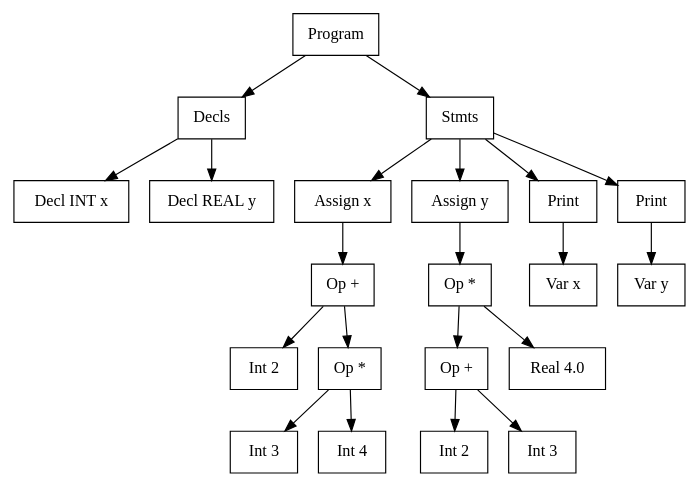
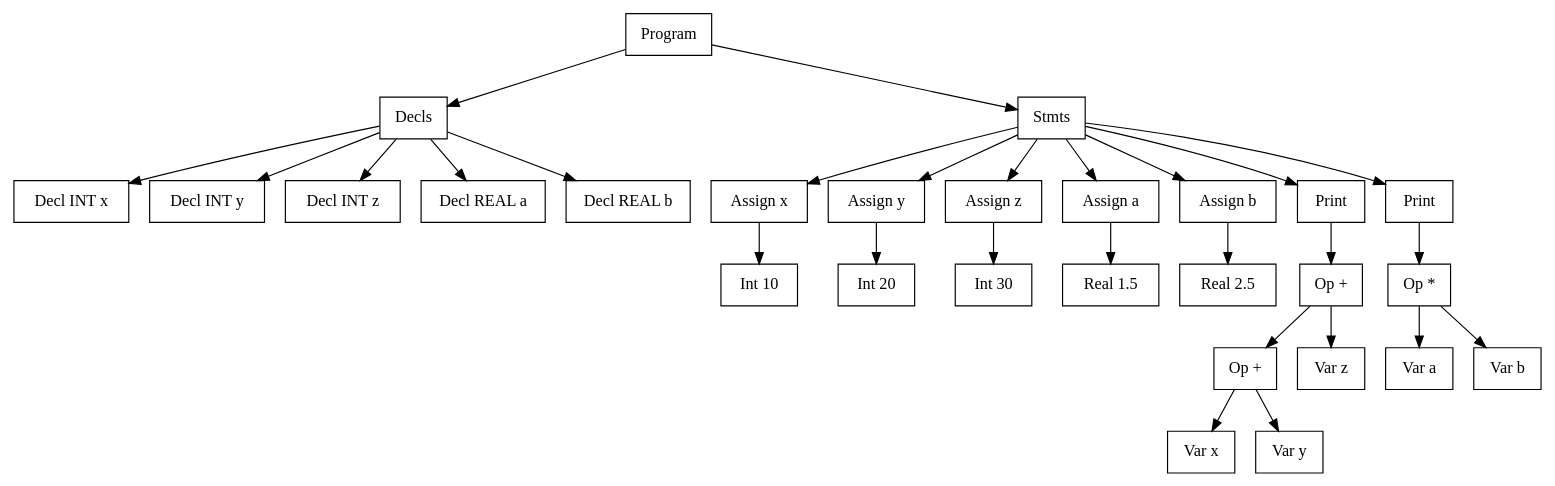
One commit to Otto-Schmitz/trabalho_gb_compiladores changed the diagram in ast.dot. Above: the diagram before and after it, drawn with Graphviz. The commit also changed 14 other files, not shown here.

```diff
--- a/ast.dot
+++ b/ast.dot
@@ -1,44 +1,58 @@
 digraph AST {
   node [shape=box, fontname="Consolas"];
   n0 [label="Program"];
   n1 [label="Decls"];
   n0 -> n1;
   n2 [label="Decl INT x"];
   n1 -> n2;
-  n3 [label="Decl REAL y"];
+  n3 [label="Decl INT y"];
   n1 -> n3;
-  n4 [label="Stmts"];
-  n0 -> n4;
-  n5 [label="Assign x"];
-  n6 [label="Op +"];
-  n7 [label="Int 2"];
-  n8 [label="Op *"];
-  n9 [label="Int 3"];
-  n10 [label="Int 4"];
+  n4 [label="Decl INT z"];
+  n1 -> n4;
+  n5 [label="Decl REAL a"];
+  n1 -> n5;
+  n6 [label="Decl REAL b"];
+  n1 -> n6;
+  n7 [label="Stmts"];
+  n0 -> n7;
+  n8 [label="Assign x"];
+  n9 [label="Int 10"];
   n8 -> n9;
-  n8 -> n10;
-  n6 -> n7;
-  n6 -> n8;
-  n5 -> n6;
-  n4 -> n5;
-  n11 [label="Assign y"];
-  n12 [label="Op *"];
-  n13 [label="Op +"];
-  n14 [label="Int 2"];
-  n15 [label="Int 3"];
-  n13 -> n14;
-  n13 -> n15;
-  n16 [label="Real 4.0"];
+  n7 -> n8;
+  n10 [label="Assign y"];
+  n11 [label="Int 20"];
+  n10 -> n11;
+  n7 -> n10;
+  n12 [label="Assign z"];
+  n13 [label="Int 30"];
   n12 -> n13;
-  n12 -> n16;
-  n11 -> n12;
-  n4 -> n11;
-  n17 [label="Print"];
-  n18 [label="Var x"];
-  n17 -> n18;
-  n4 -> n17;
-  n19 [label="Print"];
-  n20 [label="Var y"];
+  n7 -> n12;
+  n14 [label="Assign a"];
+  n15 [label="Real 1.5"];
+  n14 -> n15;
+  n7 -> n14;
+  n16 [label="Assign b"];
+  n17 [label="Real 2.5"];
+  n16 -> n17;
+  n7 -> n16;
+  n18 [label="Print"];
+  n19 [label="Op +"];
+  n20 [label="Op +"];
+  n21 [label="Var x"];
+  n22 [label="Var y"];
+  n20 -> n21;
+  n20 -> n22;
+  n23 [label="Var z"];
   n19 -> n20;
-  n4 -> n19;
+  n19 -> n23;
+  n18 -> n19;
+  n7 -> n18;
+  n24 [label="Print"];
+  n25 [label="Op *"];
+  n26 [label="Var a"];
+  n27 [label="Var b"];
+  n25 -> n26;
+  n25 -> n27;
+  n24 -> n25;
+  n7 -> n24;
 }
```
